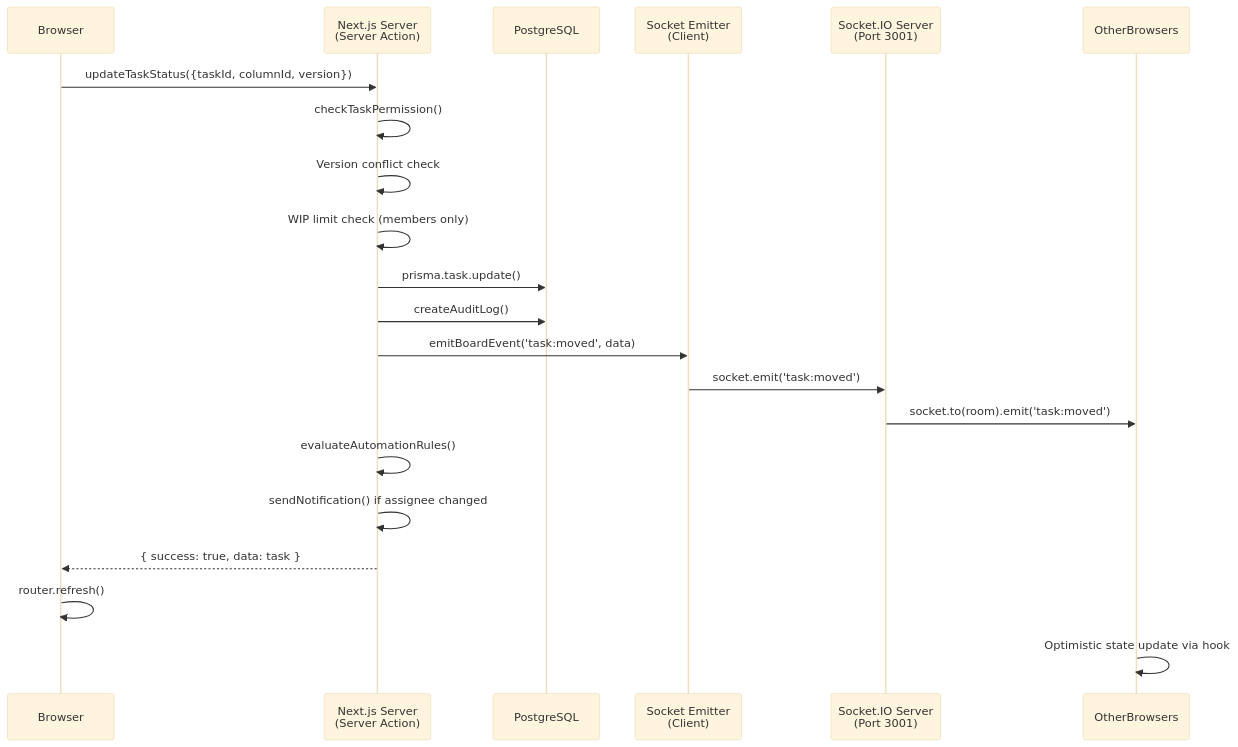
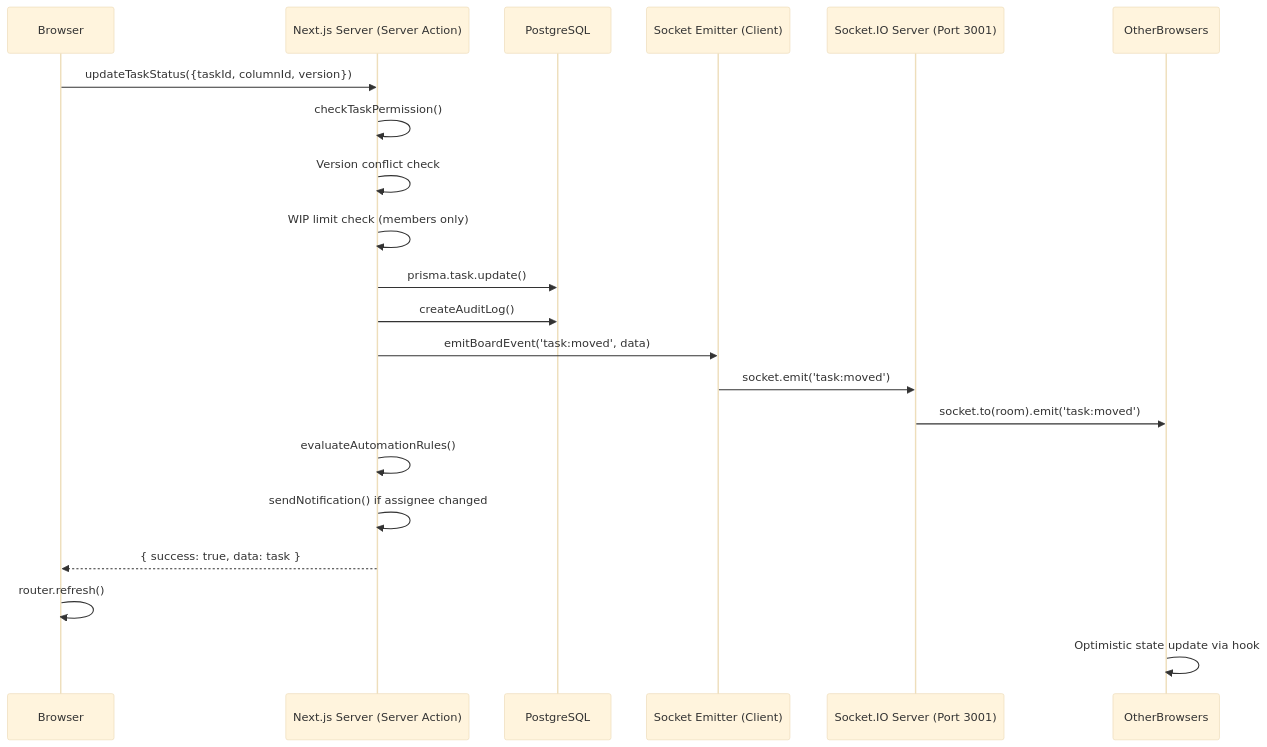
One commit to asefahmed500/Smart-Task-App_IIT_DU_Final_Project changed the third of 5 diagrams in docs/01-system-architecture.md. Above: the diagram before and after it, drawn with Mermaid (base theme). The commit also changed other lines of this file and 8 other files, not shown here.

Commit message:
fix: remove br tags from mermaid diagrams for GitHub rendering

````diff
--- a/docs/01-system-architecture.md
+++ b/docs/01-system-architecture.md
@@ -206,24 +206,24 @@
 ```mermaid
 sequenceDiagram
     participant Browser
-    participant NextJS as Next.js Server<br/>(Server Action)
+    participant NextJS as Next.js Server (Server Action)
     participant DB as PostgreSQL
-    participant Emitter as Socket Emitter<br/>(Client)
-    participant SocketSrv as Socket.IO Server<br/>(Port 3001)
+    participant Emitter as Socket Emitter (Client)
+    participant SocketSrv as Socket.IO Server (Port 3001)
     participant OtherBrowsers
 
     Browser->>NextJS: updateTaskStatus({taskId, columnId, version})
     NextJS->>NextJS: checkTaskPermission()
     NextJS->>NextJS: Version conflict check
     NextJS->>NextJS: WIP limit check (members only)
     NextJS->>DB: prisma.task.update()
     NextJS->>DB: createAuditLog()
     NextJS->>Emitter: emitBoardEvent('task:moved', data)
     Emitter->>SocketSrv: socket.emit('task:moved')
     SocketSrv->>OtherBrowsers: socket.to(room).emit('task:moved')
     NextJS->>NextJS: evaluateAutomationRules()
     NextJS->>NextJS: sendNotification() if assignee changed
     NextJS-->>Browser: { success: true, data: task }
     Browser->>Browser: router.refresh()
     OtherBrowsers->>OtherBrowsers: Optimistic state update via hook
 ```
````
